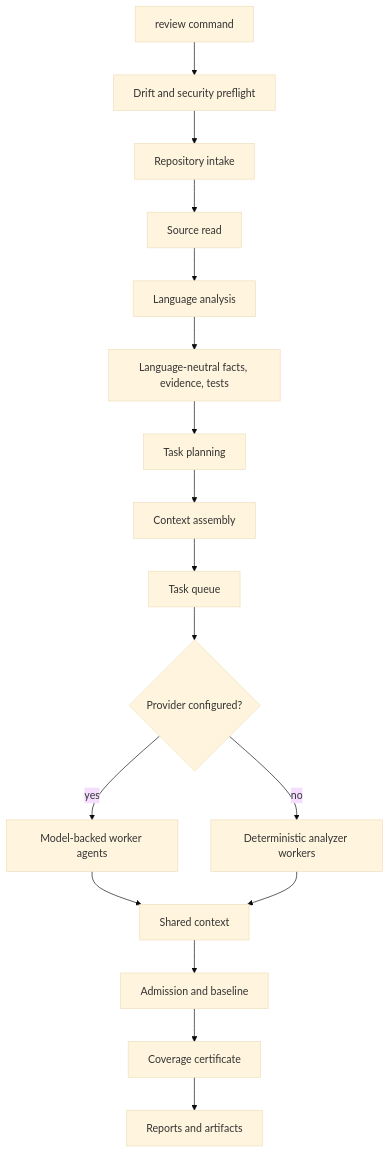
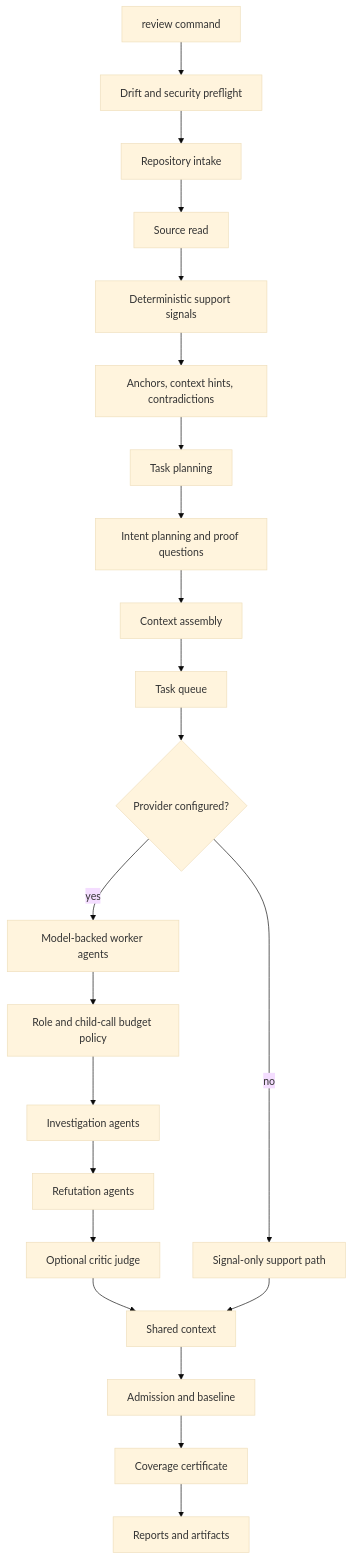
The second of 3 diagrams in docs/concepts/review-modes-and-flows.md (sebastianwessel/codereviewer), drawn with Mermaid (base theme) before and after one commit. The commit also changed other lines of this file and 521 other files, not shown here.

First line of the commit message:
Accuracy analysis, schema-drift hardening, precision + token tuning

````diff
--- a/docs/concepts/review-modes-and-flows.md
+++ b/docs/concepts/review-modes-and-flows.md
@@ -50,27 +79,32 @@
 ```mermaid
 flowchart TD
   Start["review command"]
   Drift["Drift and security preflight"]
   Intake["Repository intake"]
   Read["Source read"]
-  Analysis["Language analysis"]
-  Facts["Language-neutral facts, evidence, tests"]
+  Analysis["Deterministic support signals"]
+  Facts["Anchors, context hints, contradictions"]
   Plan["Task planning"]
+  IntentPlan["Intent planning and proof questions"]
   Assemble["Context assembly"]
   Queue["Task queue"]
   Provider{"Provider configured?"}
   ModelWorkers["Model-backed worker agents"]
-  DeterministicWorkers["Deterministic analyzer workers"]
+  HarnessPolicy["Role and child-call budget policy"]
+  Investigation["Investigation agents"]
+  Refutation["Refutation agents"]
+  Judge["Optional critic judge"]
+  SignalOnly["Signal-only support path"]
   Shared["Shared context"]
   Admission["Admission and baseline"]
   Coverage["Coverage certificate"]
   Reports["Reports and artifacts"]
 
-  Start --> Drift --> Intake --> Read --> Analysis --> Facts --> Plan --> Assemble --> Queue
+  Start --> Drift --> Intake --> Read --> Analysis --> Facts --> Plan --> IntentPlan --> Assemble --> Queue
   Queue --> Provider
   Provider -- "yes" --> ModelWorkers
-  Provider -- "no" --> DeterministicWorkers
-  ModelWorkers --> Shared
-  DeterministicWorkers --> Shared
+  Provider -- "no" --> SignalOnly
+  ModelWorkers --> HarnessPolicy --> Investigation --> Refutation --> Judge --> Shared
+  SignalOnly --> Shared
   Shared --> Admission --> Coverage --> Reports
 ```
````
